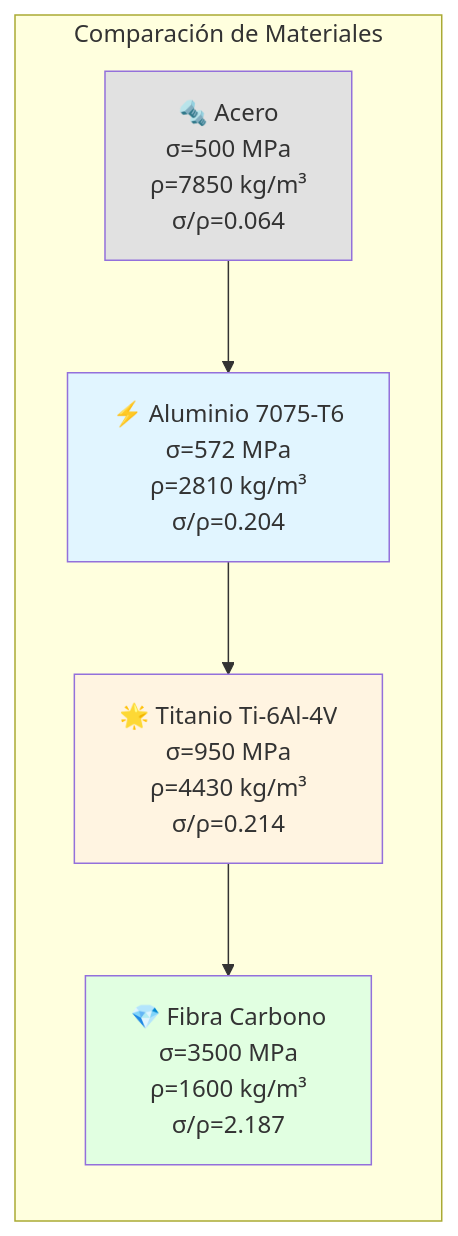
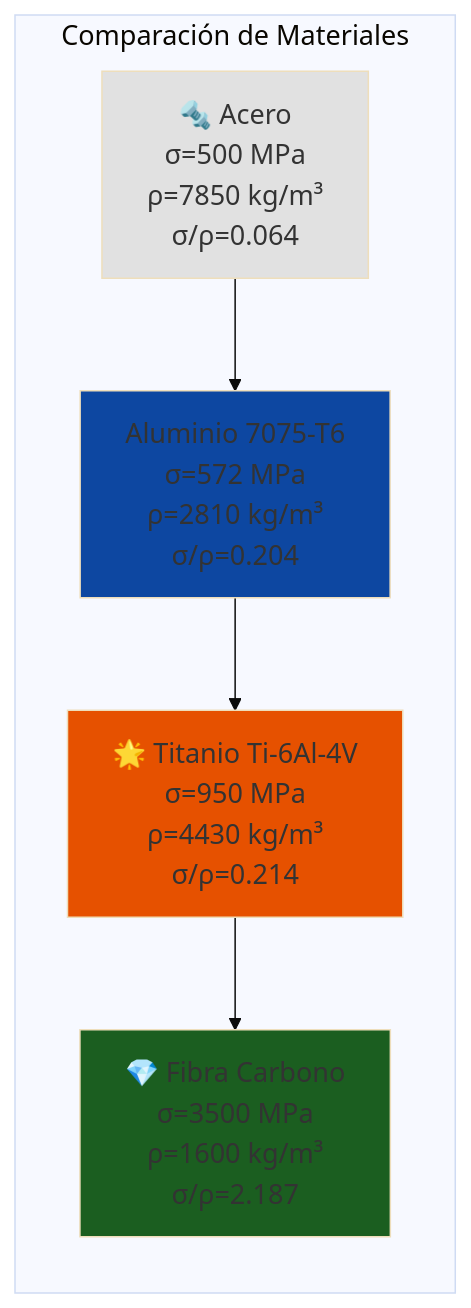
One commit to Ai-Whisperers/Courses-Content changed the third of 18 diagrams in courses/🟡-development/FPUNA-2026/03-INGENIERIA-AERONAUTICA/03-estructuras-materiales.md. Above: the diagram before and after it, drawn with Mermaid. The commit also changed other lines of this file and 47 other files, not shown here.

First line of the commit message:
fix: Make all 473 diagrams WCAG AAA accessible (FPUNA-2026)

````diff
--- a/courses/🟡-development/FPUNA-2026/03-INGENIERIA-AERONAUTICA/03-estructuras-materiales.md
+++ b/courses/🟡-development/FPUNA-2026/03-INGENIERIA-AERONAUTICA/03-estructuras-materiales.md
@@ -205,18 +207,19 @@
 ```mermaid
+%%{init: {'theme':'base', 'themeVariables': {'fontSize':'18px'}}}%%
 graph LR
     subgraph "Comparación de Materiales"
         A[🔩 Acero<br/>σ=500 MPa<br/>ρ=7850 kg/m³<br/>σ/ρ=0.064]
-        B[⚡ Aluminio 7075-T6<br/>σ=572 MPa<br/>ρ=2810 kg/m³<br/>σ/ρ=0.204]
+        B[Aluminio 7075-T6<br/>σ=572 MPa<br/>ρ=2810 kg/m³<br/>σ/ρ=0.204]
         C[🌟 Titanio Ti-6Al-4V<br/>σ=950 MPa<br/>ρ=4430 kg/m³<br/>σ/ρ=0.214]
         D[💎 Fibra Carbono<br/>σ=3500 MPa<br/>ρ=1600 kg/m³<br/>σ/ρ=2.187]
     end
     
     A --> B
     B --> C
     C --> D
     
     style A fill:#E1E1E1
-    style B fill:#E1F5FF
-    style C fill:#FFF4E1
-    style D fill:#E1FFE1
+    style B fill:#0d47a1
+    style C fill:#e65100
+    style D fill:#1b5e20
 ```
````
